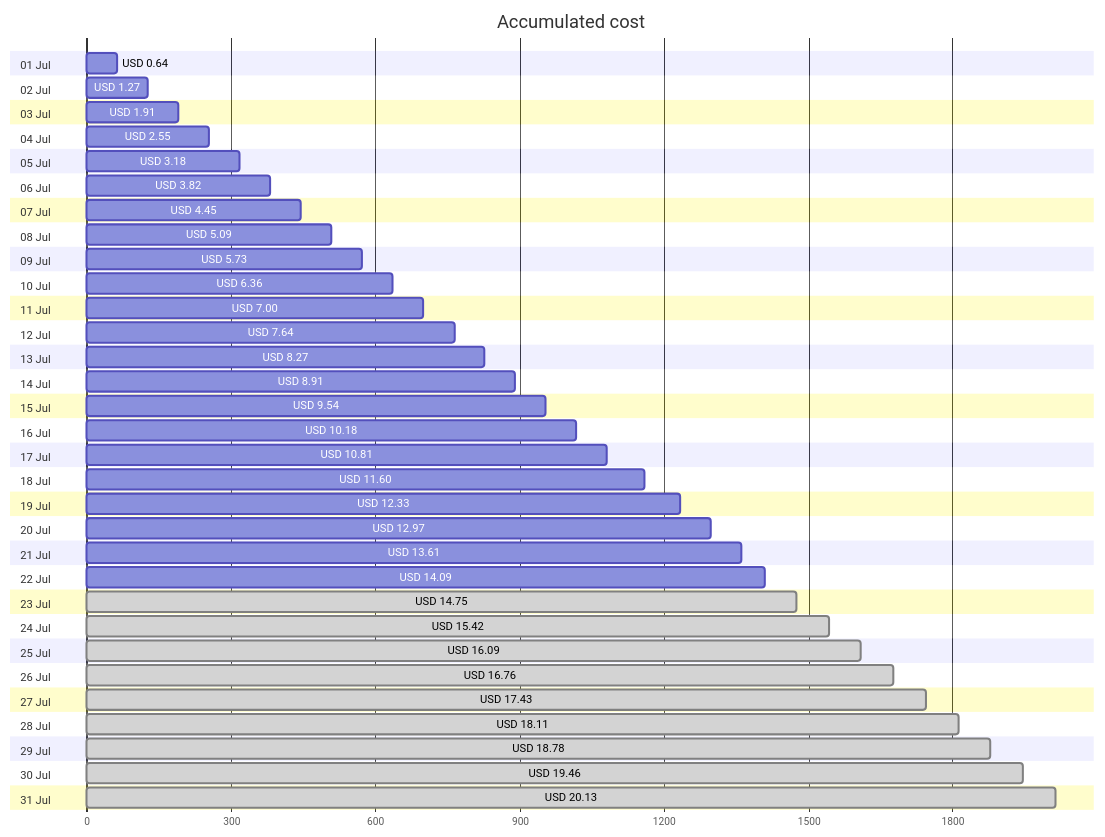
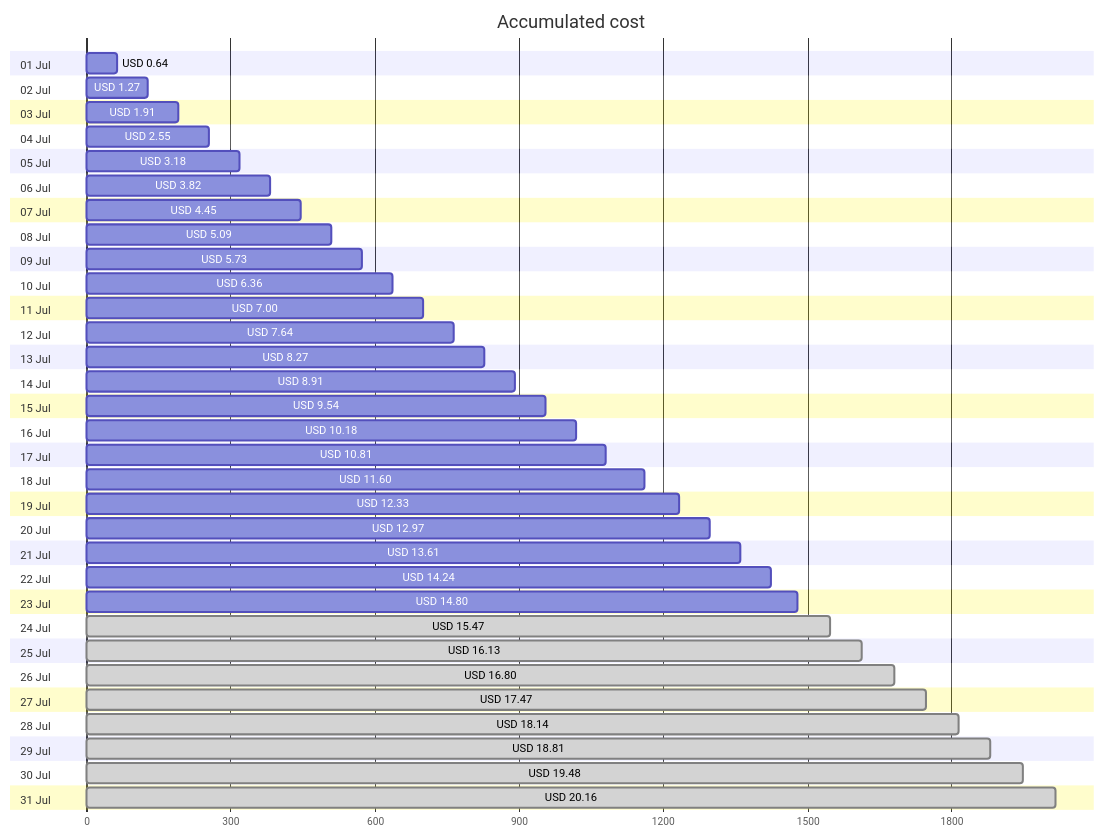
The first of 4 diagrams in cost-reports/accumulated-cost.md (jpfulton/azure-personal-reports), drawn with Mermaid before and after one commit. The commit also changed other lines of this file and 4 other files, not shown here.

````diff
--- a/cost-reports/accumulated-cost.md
+++ b/cost-reports/accumulated-cost.md
@@ -20,68 +20,68 @@
 ```mermaid
 gantt
    title Accumulated cost
    dateFormat  X
    axisFormat %s
    section 01 Jul
    USD 0.64 :0, 64
    section 02 Jul
    USD 1.27 :0, 127
    section 03 Jul
    USD 1.91 :0, 191
    section 04 Jul
    USD 2.55 :0, 255
    section 05 Jul
    USD 3.18 :0, 318
    section 06 Jul
    USD 3.82 :0, 382
    section 07 Jul
    USD 4.45 :0, 445
    section 08 Jul
    USD 5.09 :0, 509
    section 09 Jul
    USD 5.73 :0, 573
    section 10 Jul
    USD 6.36 :0, 636
    section 11 Jul
    USD 7.00 :0, 700
    section 12 Jul
    USD 7.64 :0, 764
    section 13 Jul
    USD 8.27 :0, 827
    section 14 Jul
    USD 8.91 :0, 891
    section 15 Jul
    USD 9.54 :0, 954
    section 16 Jul
    USD 10.18 :0, 1018
    section 17 Jul
    USD 10.81 :0, 1081
    section 18 Jul
    USD 11.60 :0, 1160
    section 19 Jul
    USD 12.33 :0, 1233
    section 20 Jul
    USD 12.97 :0, 1297
    section 21 Jul
    USD 13.61 :0, 1361
    section 22 Jul
-   USD 14.09 :0, 1409
+   USD 14.24 :0, 1424
    section 23 Jul
-   USD 14.75 : done, 0, 1475
+   USD 14.80 :0, 1480
    section 24 Jul
-   USD 15.42 : done, 0, 1542
+   USD 15.47 : done, 0, 1547
    section 25 Jul
-   USD 16.09 : done, 0, 1609
+   USD 16.13 : done, 0, 1613
    section 26 Jul
-   USD 16.76 : done, 0, 1676
+   USD 16.80 : done, 0, 1680
    section 27 Jul
-   USD 17.43 : done, 0, 1743
+   USD 17.47 : done, 0, 1747
    section 28 Jul
-   USD 18.11 : done, 0, 1811
+   USD 18.14 : done, 0, 1814
    section 29 Jul
-   USD 18.78 : done, 0, 1878
+   USD 18.81 : done, 0, 1881
    section 30 Jul
-   USD 19.46 : done, 0, 1946
+   USD 19.48 : done, 0, 1948
    section 31 Jul
-   USD 20.13 : done, 0, 2013
+   USD 20.16 : done, 0, 2016
 ```
````
